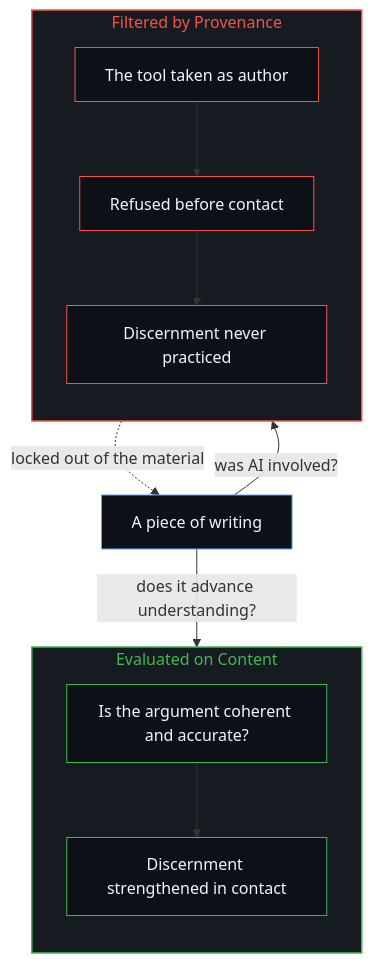
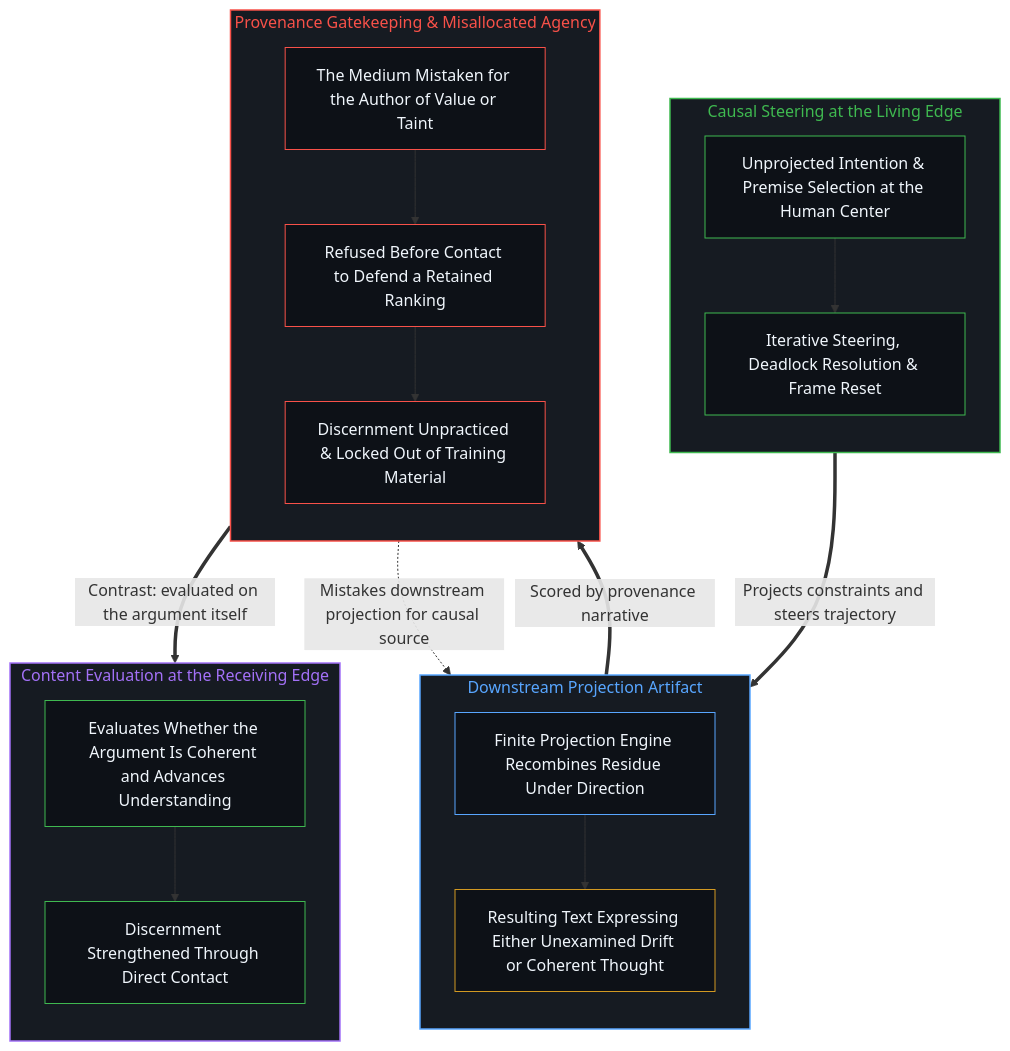
One commit to powerpig99/not-a-toe changed the second of 2 diagrams in content/posts/the-distaste-for-ai-slop-is-no-different-from-the-recurring-historical-pattern.md. Above: the diagram before and after it, drawn with Mermaid. The commit also changed other lines of this file and 1 other file, not shown here.

Commit message:
Refine the-distaste-for-ai-slop-is-no-different-from-the-recurring-historical-pattern (Wave 3 L2 #113: weave beyond-the-projection)

````diff
--- a/content/posts/the-distaste-for-ai-slop-is-no-different-from-the-recurring-historical-pattern.md
+++ b/content/posts/the-distaste-for-ai-slop-is-no-different-from-the-recurring-historical-pattern.md
@@ -66,26 +94,50 @@
 ```mermaid
 flowchart TD
-    A["A piece of writing"]
-    subgraph S_Prov["Filtered by Provenance"]
+    subgraph S_Edge["Causal Steering at the Living Edge"]
         direction TB
-        P1["The tool taken as author"]
-        P2["Refused before contact"]
-        P3["Discernment never practiced"]
+        E1["Unprojected Intention & Premise Selection at the Human Center"]
+        E2["Iterative Steering, Deadlock Resolution & Frame Reset"]
+        E1 --> E2
     end
-    subgraph S_Cont["Evaluated on Content"]
+
+    subgraph S_Proj["Downstream Projection Artifact"]
         direction TB
-        C1["Is the argument coherent and accurate?"]
-        C2["Discernment strengthened in contact"]
+        M1["Finite Projection Engine Recombines Residue Under Direction"]
+        M2["Resulting Text Expressing Either Unexamined Drift or Coherent Thought"]
+        M1 --> M2
     end
-    A -->|"was AI involved?"| P1 --> P2 --> P3
-    P3 -.->|"locked out of the material"| A
-    A -->|"does it advance understanding?"| C1 --> C2
+
+    subgraph S_Prov["Provenance Gatekeeping & Misallocated Agency"]
+        direction TB
+        P1["The Medium Mistaken for the Author of Value or Taint"]
+        P2["Refused Before Contact to Defend a Retained Ranking"]
+        P3["Discernment Unpracticed & Locked Out of Training Material"]
+        P1 --> P2 --> P3
+    end
+
+    subgraph S_Cont["Content Evaluation at the Receiving Edge"]
+        direction TB
+        C1["Evaluates Whether the Argument Is Coherent and Advances Understanding"]
+        C2["Discernment Strengthened Through Direct Contact"]
+        C1 --> C2
+    end
+
+    E2 ==>|"Projects constraints and steers trajectory"| M1
+    M2 ==>|"Scored by provenance narrative"| P1
+    P3 ==>|"Contrast: evaluated on the argument itself"| C1
+    P3 -.->|"Mistakes downstream projection for causal source"| M1
+
+    style S_Edge fill:#161b22,stroke:#3fb950,stroke-width:1.5px,color:#3fb950
+    style S_Proj fill:#161b22,stroke:#58a6ff,stroke-width:1.5px,color:#58a6ff
     style S_Prov fill:#161b22,stroke:#f85149,stroke-width:1.5px,color:#f85149
-    style S_Cont fill:#161b22,stroke:#3fb950,stroke-width:1.5px,color:#3fb950
-    style A fill:#0d1117,stroke:#58a6ff,stroke-width:1px,color:#f0f6fc
+    style S_Cont fill:#161b22,stroke:#a371f7,stroke-width:1.5px,color:#a371f7
+    style E1 fill:#0d1117,stroke:#3fb950,stroke-width:1px,color:#f0f6fc
+    style E2 fill:#0d1117,stroke:#3fb950,stroke-width:1px,color:#f0f6fc
+    style M1 fill:#0d1117,stroke:#58a6ff,stroke-width:1px,color:#f0f6fc
+    style M2 fill:#0d1117,stroke:#d29922,stroke-width:1px,color:#f0f6fc
     style P1 fill:#0d1117,stroke:#f85149,stroke-width:1px,color:#f0f6fc
     style P2 fill:#0d1117,stroke:#f85149,stroke-width:1px,color:#f0f6fc
     style P3 fill:#0d1117,stroke:#f85149,stroke-width:1px,color:#f0f6fc
     style C1 fill:#0d1117,stroke:#3fb950,stroke-width:1px,color:#f0f6fc
     style C2 fill:#0d1117,stroke:#3fb950,stroke-width:1px,color:#f0f6fc
 ```
````
